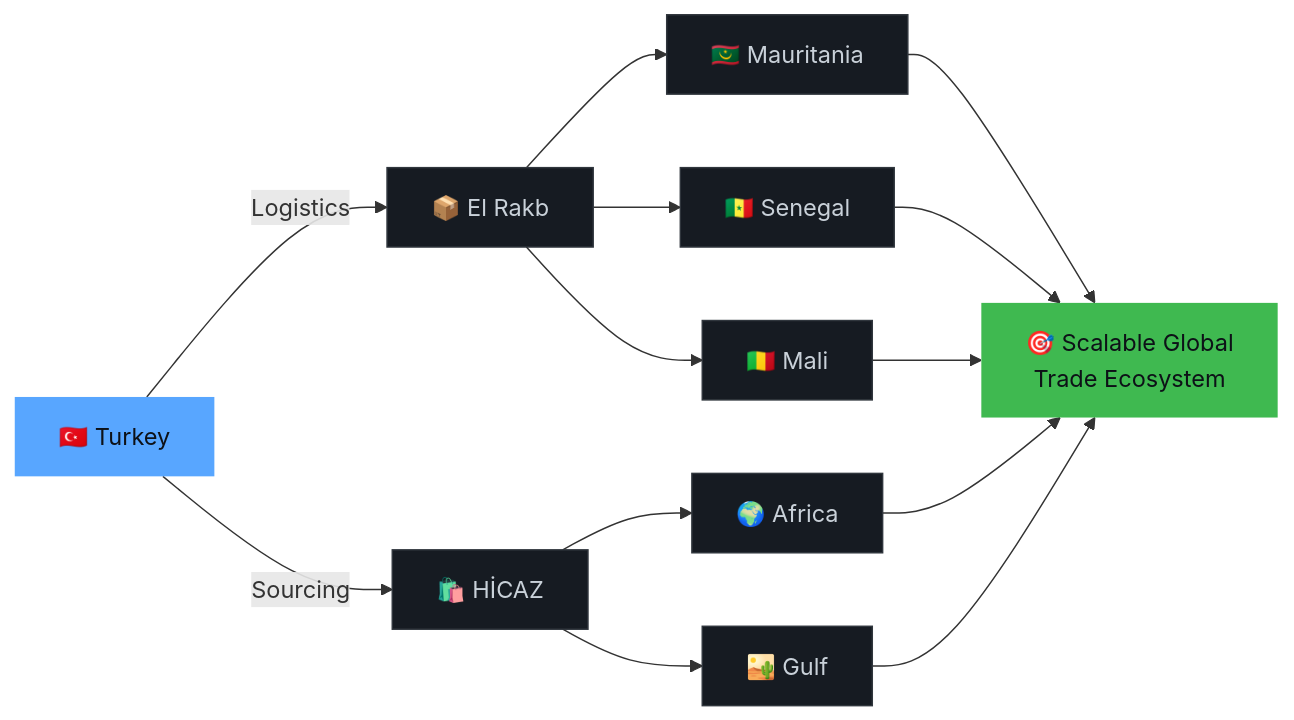
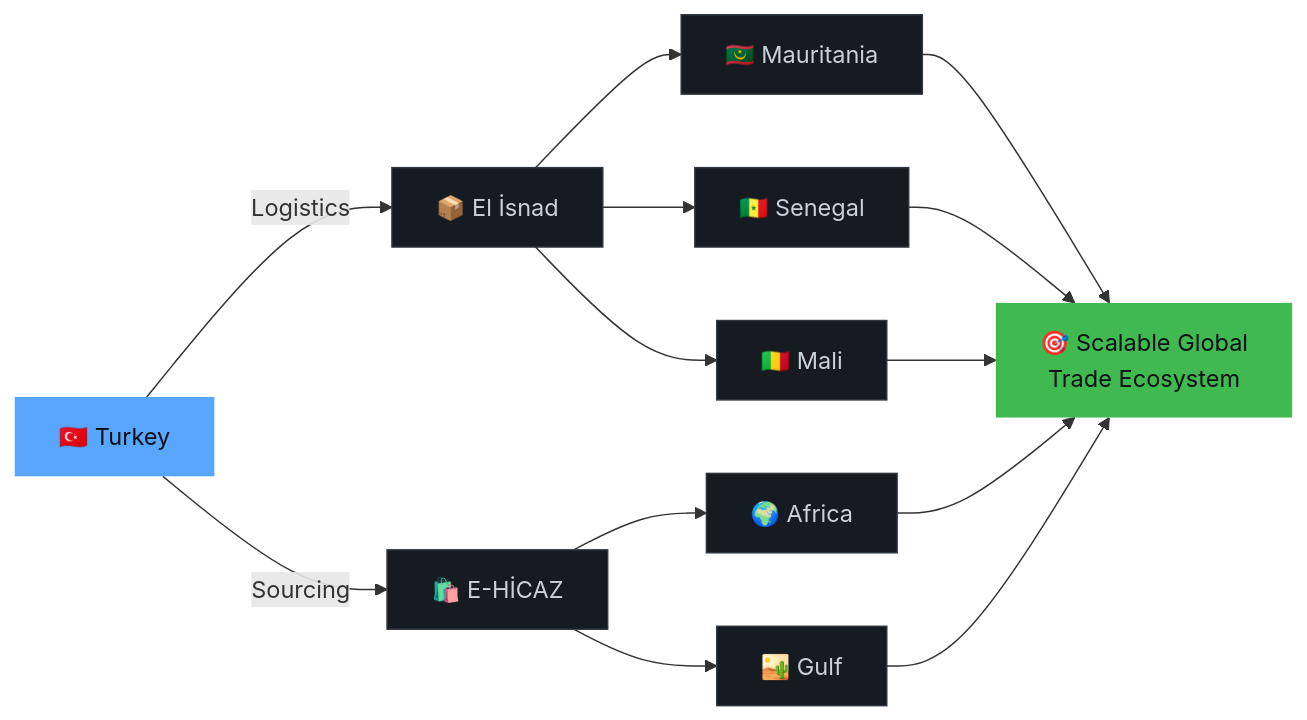
One commit to khaledkhyoucbe-stack/khaledkhyoucbe-stack changed the diagram in README.md. Above: the diagram before and after it, drawn with Mermaid. The commit also changed other lines of this file, not shown here.

Commit message:
Change company name from El Rakb to El İsnad

````diff
--- a/README.md
+++ b/README.md
@@ -243,25 +243,25 @@
 ```mermaid
 graph LR
-    A["🇹🇷 Turkey"] -->|Logistics| B["📦 El Rakb"]
-    A -->|Sourcing| C["🛍️ HİCAZ"]
+    A["🇹🇷 Turkey"] -->|Logistics| B["📦 El İsnad"]
+    A -->|Sourcing| C["🛍️ E-HİCAZ"]
     B --> D["🇲🇷 Mauritania"]
     B --> E["🇸🇳 Senegal"]
     B --> F["🇲🇱 Mali"]
     C --> G["🌍 Africa"]
     C --> H["🏜️ Gulf"]
     D --> I["🎯 Scalable Global\nTrade Ecosystem"]
     E --> I
     F --> I
     G --> I
     H --> I
     
     style A fill:#58A6FF,color:#0D1117,stroke:none
     style I fill:#3FB950,color:#0D1117,stroke:none
     style B fill:#161B22,color:#C9D1D9,stroke:#30363D
     style C fill:#161B22,color:#C9D1D9,stroke:#30363D
     style D fill:#161B22,color:#C9D1D9,stroke:#30363D
     style E fill:#161B22,color:#C9D1D9,stroke:#30363D
     style F fill:#161B22,color:#C9D1D9,stroke:#30363D
     style G fill:#161B22,color:#C9D1D9,stroke:#30363D
     style H fill:#161B22,color:#C9D1D9,stroke:#30363D
 ```
````
